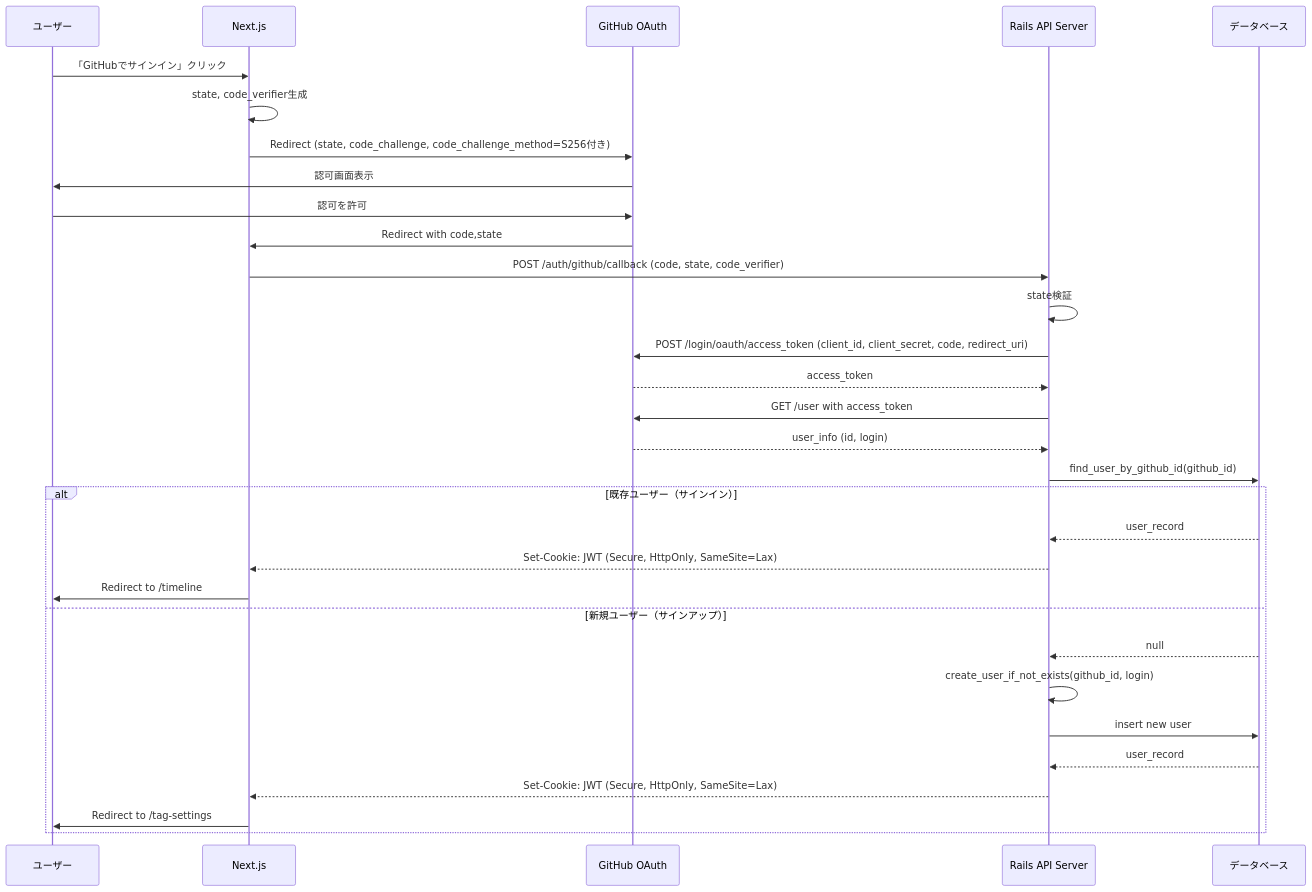
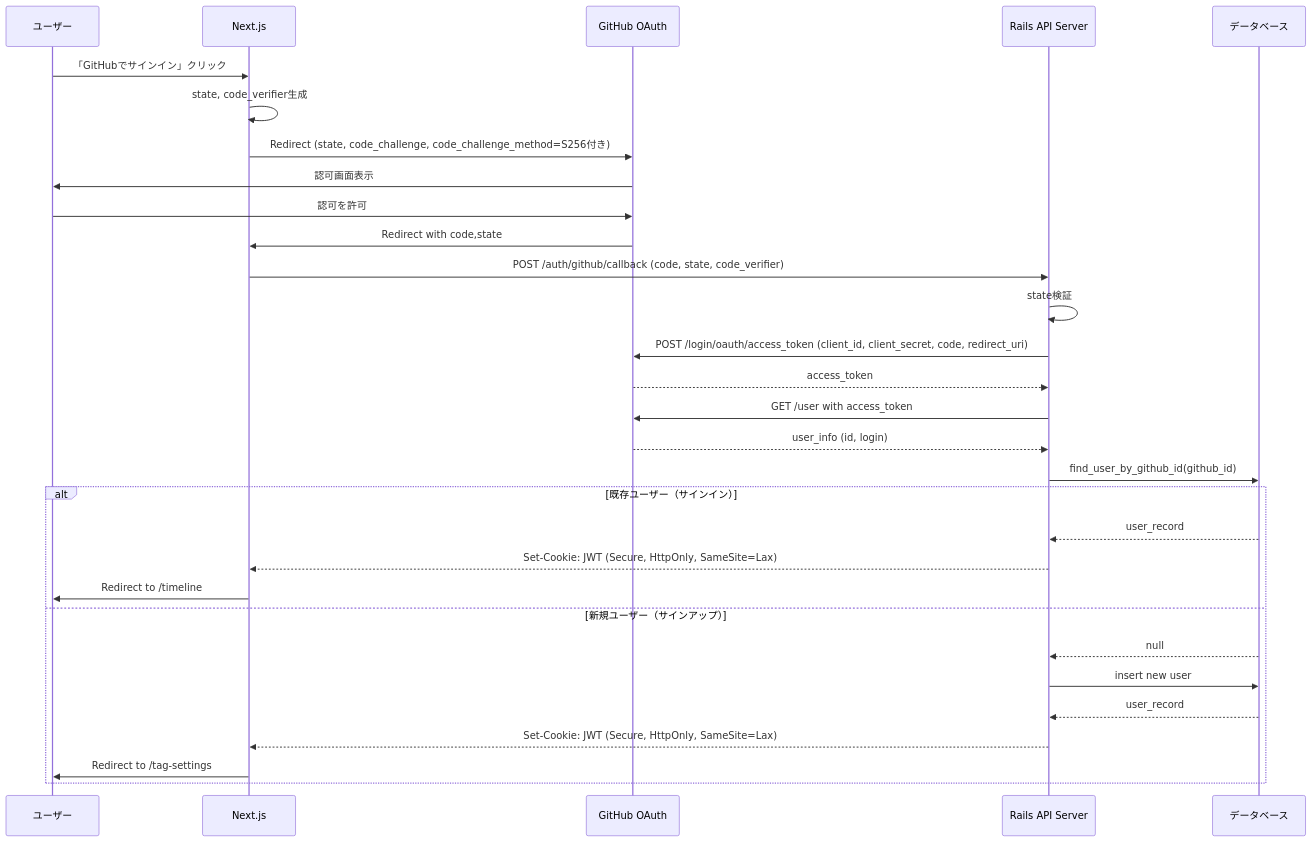
One commit to tsukuneA1/git-feed changed the diagram in signin-sequence.md. Above: the diagram before and after it, drawn with Mermaid.

````diff
--- a/signin-sequence.md
+++ b/signin-sequence.md
@@ -1,34 +1,33 @@
 ```mermaid
 sequenceDiagram
     participant User as ユーザー
     participant Frontend as Next.js
     participant GitHub as GitHub OAuth
     participant RailsAPI as Rails API Server
     participant DB as データベース
 
     User ->> Frontend: 「GitHubでサインイン」クリック
     Frontend ->> Frontend: state, code_verifier生成
     Frontend ->> GitHub: Redirect (state, code_challenge, code_challenge_method=S256付き)
     GitHub ->> User: 認可画面表示
     User ->> GitHub: 認可を許可
     GitHub ->> Frontend: Redirect with code,state
     Frontend ->> RailsAPI: POST /auth/github/callback (code, state, code_verifier)
     RailsAPI ->> RailsAPI: state検証
     RailsAPI ->> GitHub: POST /login/oauth/access_token (client_id, client_secret, code, redirect_uri)
     GitHub -->> RailsAPI: access_token
     RailsAPI ->> GitHub: GET /user with access_token
     GitHub -->> RailsAPI: user_info (id, login)
     RailsAPI ->> DB: find_user_by_github_id(github_id)
     alt 既存ユーザー（サインイン）
         DB -->> RailsAPI: user_record
         RailsAPI -->> Frontend: Set-Cookie: JWT (Secure, HttpOnly, SameSite=Lax)
         Frontend ->> User: Redirect to /timeline
     else 新規ユーザー（サインアップ）
         DB -->> RailsAPI: null
-        RailsAPI ->> RailsAPI: create_user_if_not_exists(github_id, login)
         RailsAPI ->> DB: insert new user
         DB -->> RailsAPI: user_record
         RailsAPI -->> Frontend: Set-Cookie: JWT (Secure, HttpOnly, SameSite=Lax)
         Frontend ->> User: Redirect to /tag-settings
     end
 ```
````
